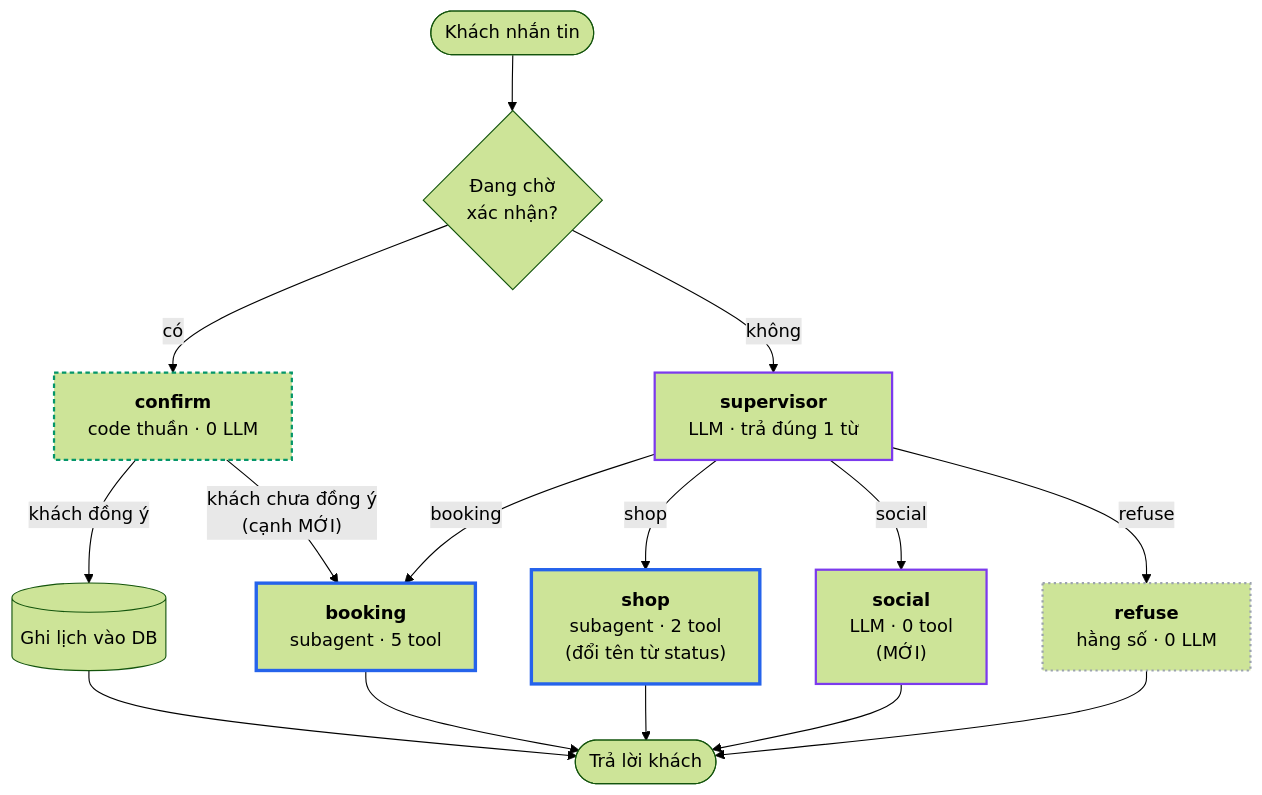
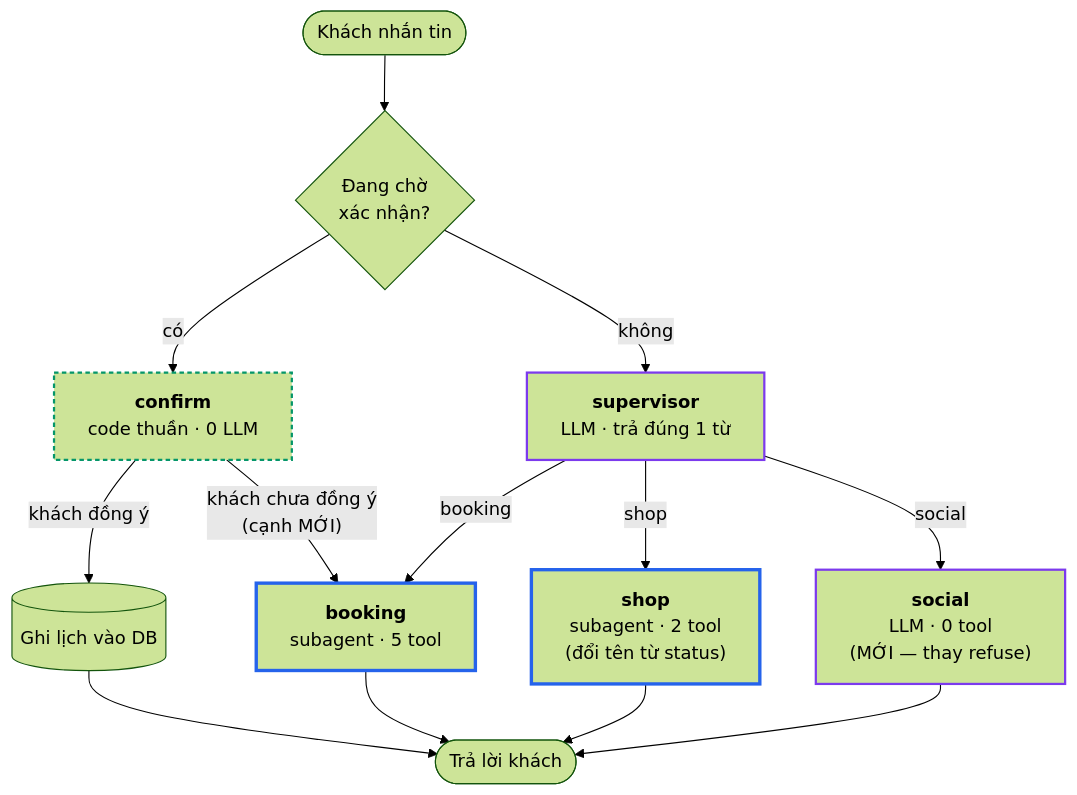
One commit to BuiHenry1404/salona-booking changed the first of 3 diagrams in docs/superpowers/specs/2026-08-30-agent-routing-redesign-design.md. Above: the diagram before and after it, drawn with Mermaid (forest theme). The commit also changed other lines of this file, not shown here.

First line of the commit message:
docs: bỏ hẳn node refuse, gộp từ chối vào social

````diff
--- a/docs/superpowers/specs/2026-08-30-agent-routing-redesign-design.md
+++ b/docs/superpowers/specs/2026-08-30-agent-routing-redesign-design.md
@@ -102,31 +101,27 @@
 ```mermaid
 flowchart TD
     IN(["Khách nhắn tin"]) --> P{"Đang chờ<br/>xác nhận?"}
 
     P -->|có| CF["<b>confirm</b><br/>code thuần · 0 LLM"]
     P -->|không| SV["<b>supervisor</b><br/>LLM · trả đúng 1 từ"]
 
     CF -->|"khách đồng ý"| DB[("Ghi lịch vào DB")]
     CF -->|"khách chưa đồng ý<br/>(cạnh MỚI)"| BK
 
     SV -->|booking| BK["<b>booking</b><br/>subagent · 5 tool"]
     SV -->|shop| SH["<b>shop</b><br/>subagent · 2 tool<br/>(đổi tên từ status)"]
-    SV -->|social| SO["<b>social</b><br/>LLM · 0 tool<br/>(MỚI)"]
-    SV -->|refuse| RF["<b>refuse</b><br/>hằng số · 0 LLM"]
+    SV -->|social| SO["<b>social</b><br/>LLM · 0 tool<br/>(MỚI — thay refuse)"]
 
     DB --> OUT(["Trả lời khách"])
     BK --> OUT
     SH --> OUT
     SO --> OUT
-    RF --> OUT
 
     classDef agent stroke:#2563eb,stroke-width:3px
     classDef llm stroke:#7c3aed,stroke-width:2px
     classDef code stroke:#059669,stroke-width:2px,stroke-dasharray:4 3
-    classDef fixed stroke:#9ca3af,stroke-width:2px,stroke-dasharray:2 3
 
     class BK,SH agent
     class SV,SO llm
     class CF code
-    class RF fixed
 ```
````
